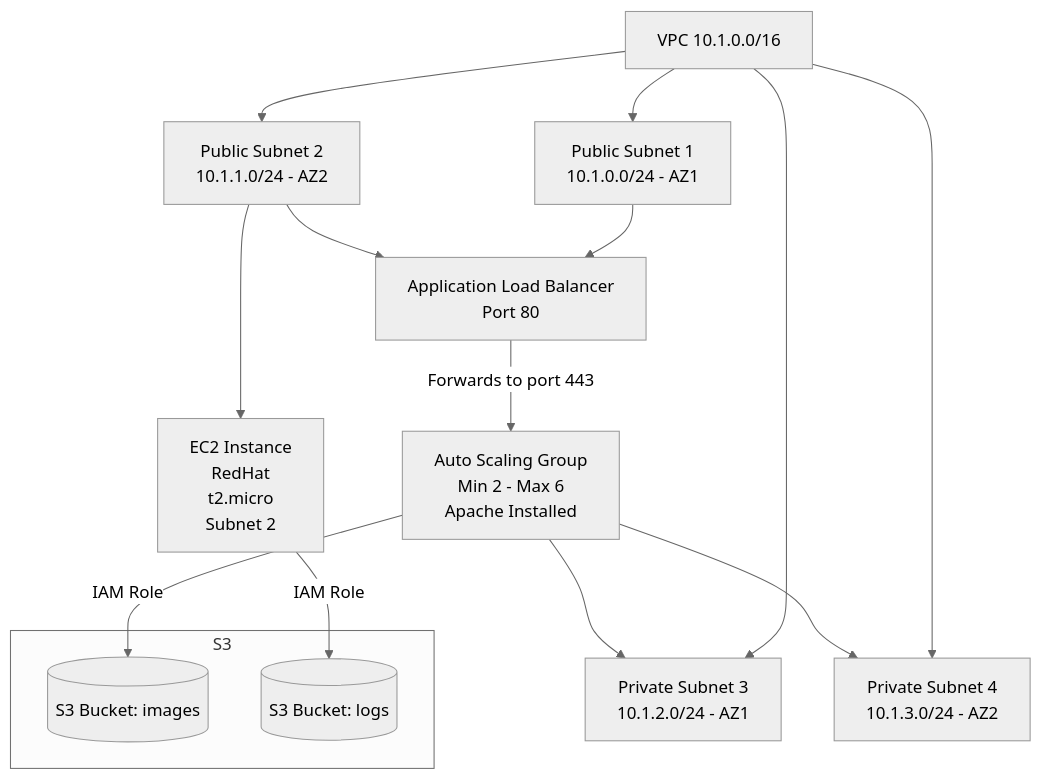
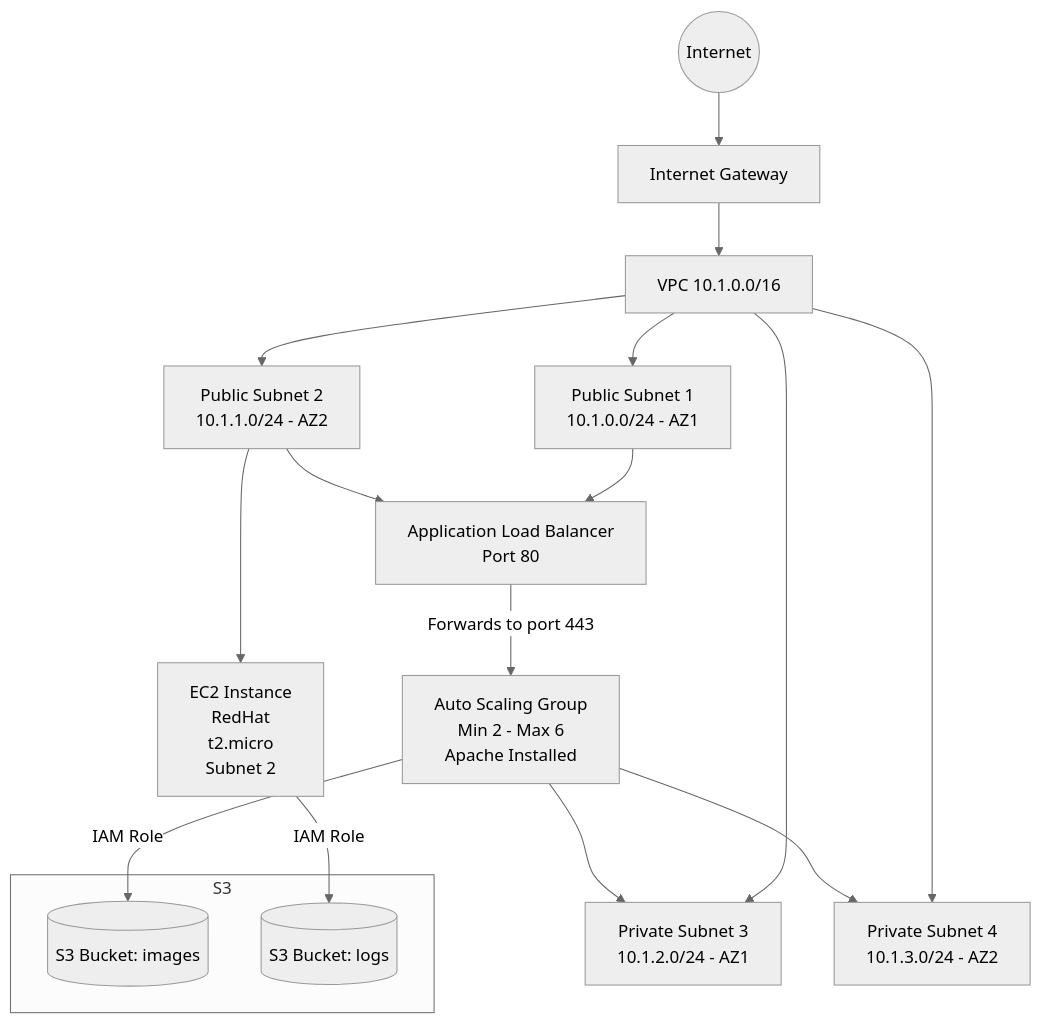
The diagram in README.md (gdescalzo/AWS_Technical_Challenge), drawn with Mermaid (neutral theme) before and after one commit. The commit also changed other lines of this file, not shown here.

Commit message:
Updating README.md - Solution overview (3)

````diff
--- a/README.md
+++ b/README.md
@@ -56,19 +58,21 @@
 ```mermaid
 flowchart TD
-    A[VPC 10.1.0.0/16] --> B[Public Subnet 1<br/>10.1.0.0/24 - AZ1]
+    Internet((Internet)) --> IGW[Internet Gateway]
+    IGW --> A[VPC 10.1.0.0/16]
+    A --> B[Public Subnet 1<br/>10.1.0.0/24 - AZ1]
     A --> C[Public Subnet 2<br/>10.1.1.0/24 - AZ2]
     A --> D[Private Subnet 3<br/>10.1.2.0/24 - AZ1]
     A --> E[Private Subnet 4<br/>10.1.3.0/24 - AZ2]
     B --> ALB[Application Load Balancer<br/>Port 80]
     C --> ALB
     C --> EC2[EC2 Instance<br/>RedHat<br/>t2.micro<br/>Subnet 2]
     ALB -->|Forwards to port 443| ASG[Auto Scaling Group<br/>Min 2 - Max 6<br/>Apache Installed]
     ASG --> D
     ASG --> E
     ASG -->|IAM Role| S3Images[(S3 Bucket: images)]
     EC2 -->|IAM Role| S3Logs[(S3 Bucket: logs)]
     subgraph S3
         S3Images
         S3Logs
     end
 ```
````
